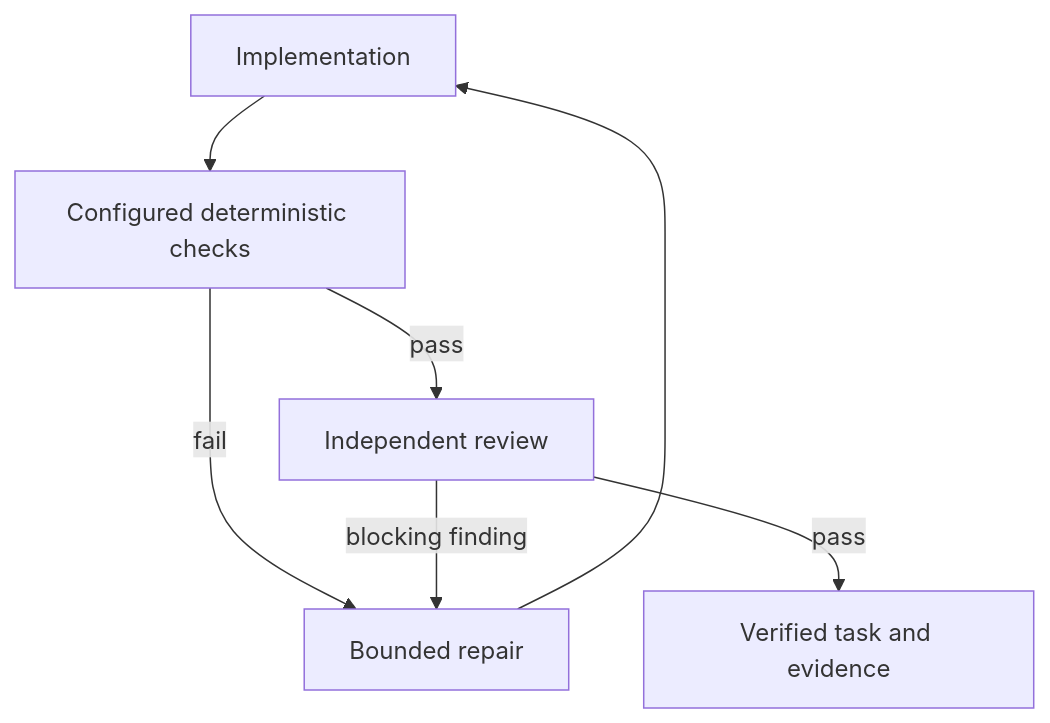
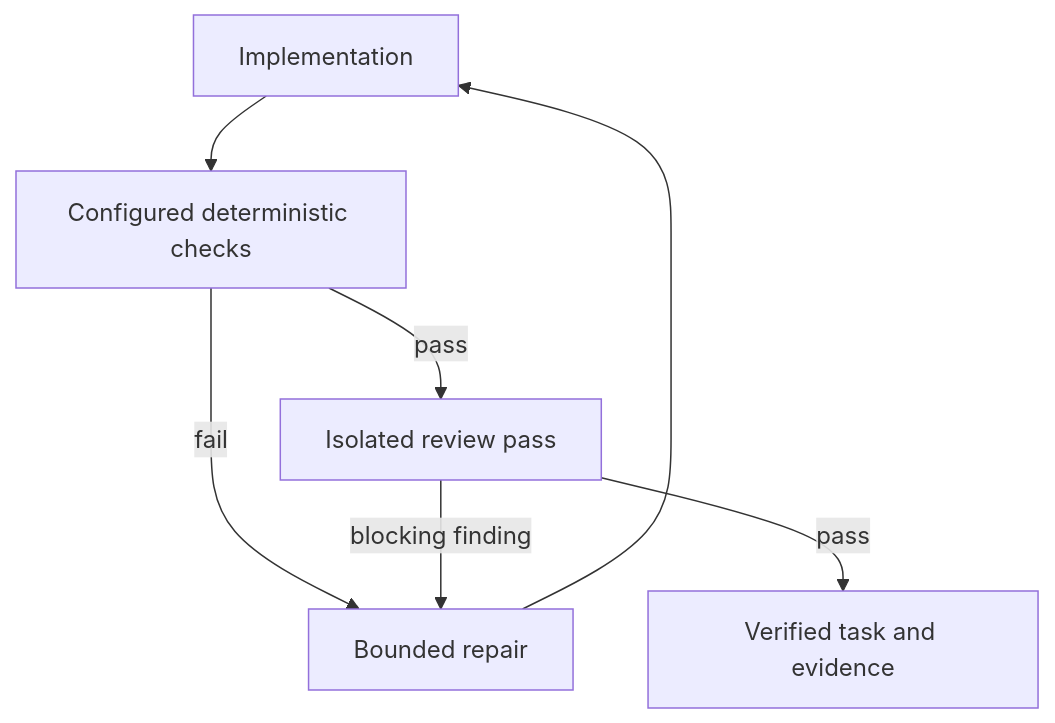
The second of 2 diagrams in docs/ARCHITECTURE.md (teja499-tech/vega-sdd), drawn with Mermaid before and after one commit. The commit also changed 5 other files, not shown here.

````diff
--- a/docs/ARCHITECTURE.md
+++ b/docs/ARCHITECTURE.md
@@ -50,9 +50,9 @@
 ```mermaid
 flowchart TD
     I[Implementation] --> C[Configured deterministic checks]
     C -->|fail| R[Bounded repair]
     R --> I
-    C -->|pass| V[Independent review]
+    C -->|pass| V[Isolated review pass]
     V -->|blocking finding| R
     V -->|pass| E[Verified task and evidence]
 ```
````
